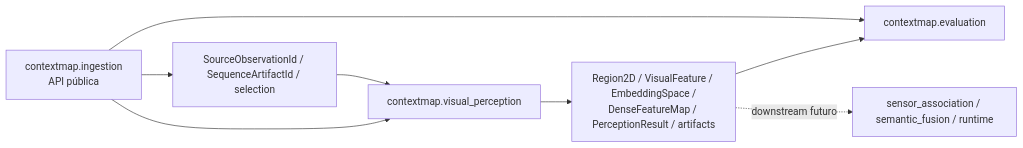
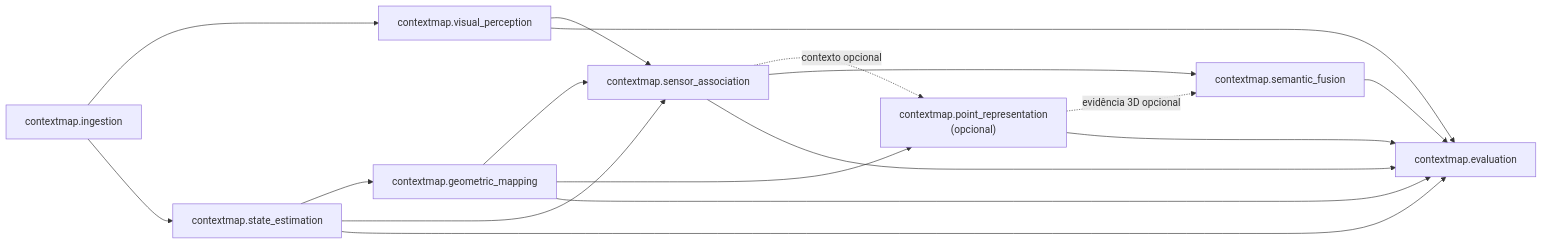
Before and after one commit to Alexandre-Tortoza/contextmap2: the diagram in docs/module-api.md, drawn with Mermaid. The commit also changed other lines of this file and 3 other files, not shown here.

````diff
--- a/docs/module-api.md
+++ b/docs/module-api.md
@@ -36,10 +36,20 @@
 ```mermaid
 flowchart LR
-    INGROOT["contextmap.ingestion<br/>API pública"] --> VP["contextmap.visual_perception"]
-    INGROOT --> OBS["SourceObservationId / SequenceArtifactId / selection"]
-    OBS --> VP
-    VP --> PUB["Region2D / VisualFeature / EmbeddingSpace /<br/>DenseFeatureMap / PerceptionResult / artifacts"]
-    PUB --> EV["contextmap.evaluation"]
-    INGROOT --> EV
-    PUB -. downstream futuro .-> NEXT["sensor_association / semantic_fusion / runtime"]
+    ING["contextmap.ingestion"] --> VP["contextmap.visual_perception"]
+    ING --> ST["contextmap.state_estimation"]
+    ST --> GM["contextmap.geometric_mapping"]
+    VP --> SA["contextmap.sensor_association"]
+    ST --> SA
+    GM --> SA
+    GM --> PR["contextmap.point_representation<br/>(opcional)"]
+    SA -. contexto opcional .-> PR
+    SA --> SF["contextmap.semantic_fusion"]
+    PR -. evidência 3D opcional .-> SF
+
+    VP --> EV["contextmap.evaluation"]
+    ST --> EV
+    GM --> EV
+    SA --> EV
+    PR --> EV
+    SF --> EV
 ```
````
